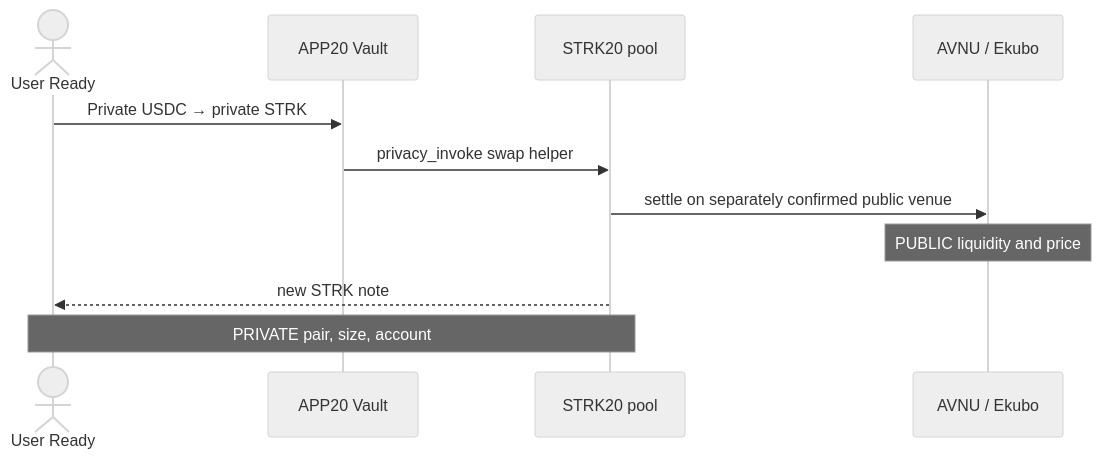
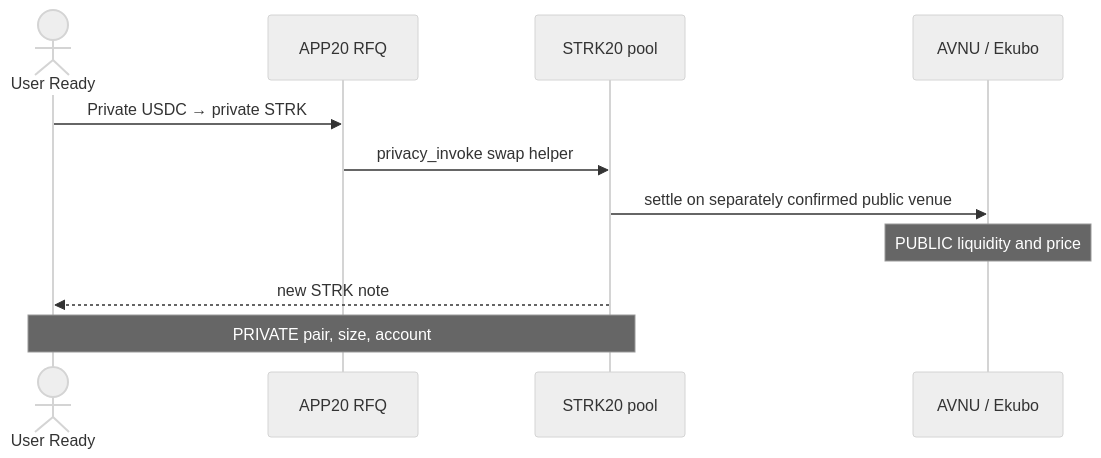
The second of 10 diagrams in docs/APP20_SWAP_FLOWS.md (gstohl/app20), drawn with Mermaid (neutral theme) before and after one commit. The commit also changed other lines of this file and 238 other files, not shown here.

````diff
--- a/docs/APP20_SWAP_FLOWS.md
+++ b/docs/APP20_SWAP_FLOWS.md
@@ -52,14 +52,14 @@
 ```mermaid
 sequenceDiagram
   actor U as User Ready
-  participant V as APP20 Vault
+  participant V as APP20 RFQ
   participant P as STRK20 pool
   participant A as AVNU / Ekubo
 
   U->>V: Private USDC → private STRK
   V->>P: privacy_invoke swap helper
   P->>A: settle on separately confirmed public venue
   Note over A: PUBLIC liquidity and price
   P-->>U: new STRK note
   Note over P,U: PRIVATE pair, size, account
 ```
````
